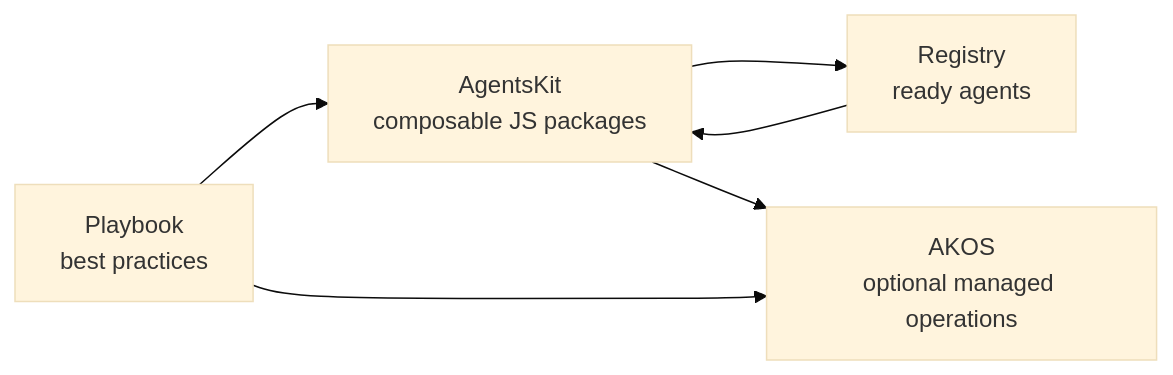
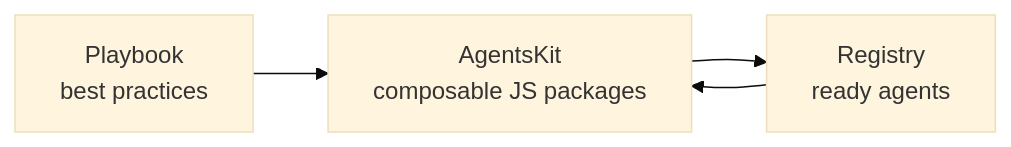
Before and after one commit to AgentsKit-io/agentskit: the first of 2 diagrams in README.md, drawn with Mermaid (base theme). The commit also changed other lines of this file and 80 other files, not shown here.

````diff
--- a/README.md
+++ b/README.md
@@ -77,13 +75,10 @@
 ```mermaid
 flowchart LR
   Playbook["Playbook<br/>best practices"]
   Registry["Registry<br/>ready agents"]
   AK["AgentsKit<br/>composable JS packages"]
-  AKOS["AKOS<br/>optional managed operations"]
 
   Playbook --> AK
   Registry --> AK
   AK --> Registry
-  AK --> AKOS
-  Playbook --> AKOS
 ```
````
